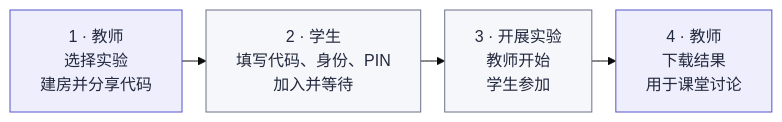
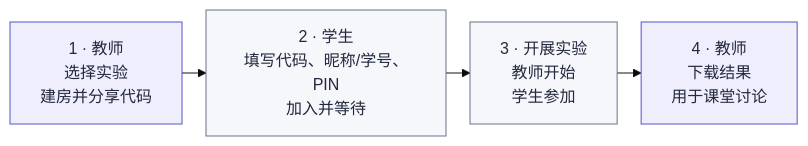
One commit to DKshawn/Double_Auction changed the diagram in README.zh-CN.md. Above: the diagram before and after it, drawn with Mermaid. The commit also changed 7 other files, not shown here.

````diff
--- a/README.zh-CN.md
+++ b/README.zh-CN.md
@@ -11,24 +11,24 @@
 ```mermaid
 ---
 config:
   theme: base
   look: classic
   layout: dagre
   htmlLabels: true
   flowchart:
     rankSpacing: 24
     wrappingWidth: 180
 ---
 flowchart LR
     accTitle: 课堂使用流程
     accDescr: 教师创建房间，学生凭代码加入；教师开始实验，学生按提示参加，最后由教师下载结果。
     A["1 · 教师<br/>选择实验<br/>建房并分享代码"]
-    B["2 · 学生<br/>填写代码、身份、PIN<br/>加入并等待"]
+    B["2 · 学生<br/>填写代码、昵称/学号、PIN<br/>加入并等待"]
     C["3 · 开展实验<br/>教师开始<br/>学生参加"]
     D["4 · 教师<br/>下载结果<br/>用于课堂讨论"]
     A --> B --> C --> D
     classDef teacher fill:#eeeefd,stroke:#5456c7,color:#22283d
     classDef shared fill:#f6f7fb,stroke:#6a7287,color:#22283d
     class A,D teacher
     class B,C shared
 ```
````
